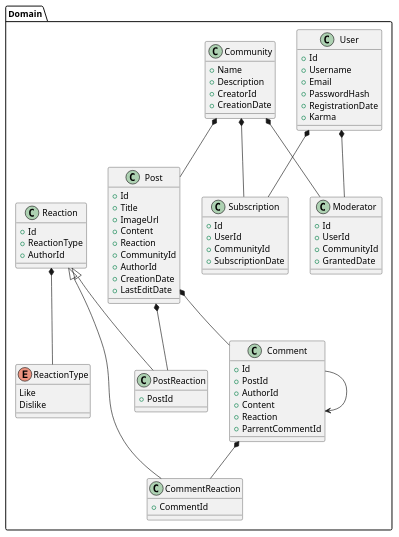
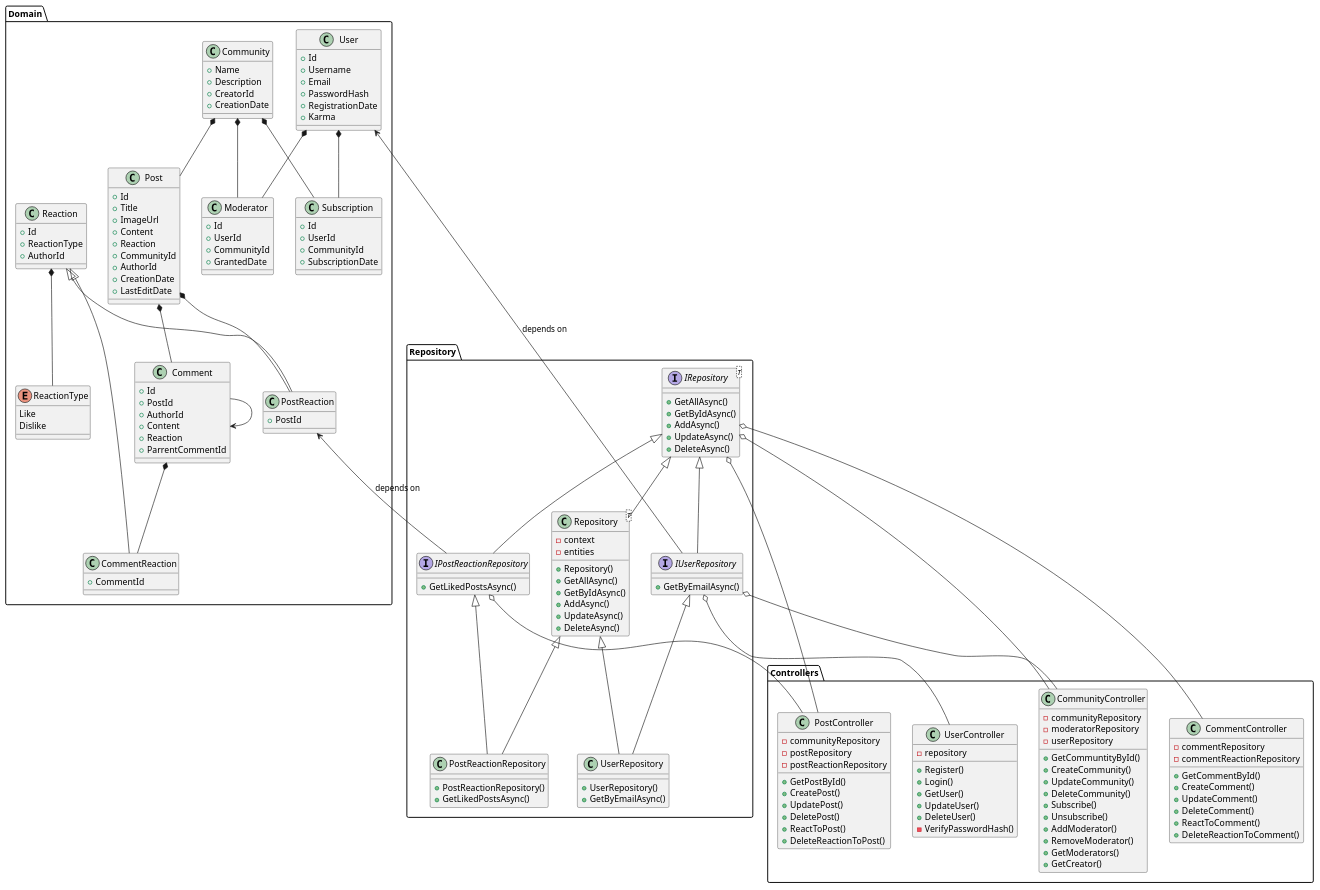
One commit to aCrYoZPS/oop_coursework changed the diagram in class_diagram.puml. Above: the diagram before and after it, drawn with PlantUML.

Commit message:
class_diagram almost ready

```diff
--- a/class_diagram.puml
+++ b/class_diagram.puml
@@ -90,4 +90,116 @@
     Reaction *-- ReactionType
 }
 
+package Repository {
+    interface IRepository<T>{
+        + GetAllAsync()
+        + GetByIdAsync()
+        + AddAsync()
+        + UpdateAsync()
+        + DeleteAsync()
+    }
+    
+    interface IUserRepository{
+        + GetByEmailAsync()
+    }
+    
+    interface IPostReactionRepository {
+        + GetLikedPostsAsync()
+    }
+    
+    class Repository<T>{
+        - context
+        - entities
+        + Repository()
+        + GetAllAsync()
+        + GetByIdAsync()
+        + AddAsync()
+        + UpdateAsync()
+        + DeleteAsync()
+    }
+    
+    class UserRepository{
+        + UserRepository()
+        + GetByEmailAsync()
+    }
+    
+    class PostReactionRepository {
+        + PostReactionRepository()
+        + GetLikedPostsAsync()
+    }
+    
+    IRepository <|-- IPostReactionRepository
+    IRepository <|-- IUserRepository
+    IRepository <|-- Repository
+    
+    Repository <|-- UserRepository
+    Repository <|-- PostReactionRepository
+    
+    IUserRepository <|-- UserRepository
+    User <--IUserRepository : "depends on"
+    
+    IPostReactionRepository <|-- PostReactionRepository
+    PostReaction <-- IPostReactionRepository : "depends on"
+}
+
+package Controllers{
+    class UserController{
+        - repository
+        + Register()
+        + Login()
+        + GetUser()
+        + UpdateUser()
+        + DeleteUser()
+        - VerifyPasswordHash()
+    }
+    
+     class CommentController{
+        - commentRepository
+        - commentReactionRepository
+        + GetCommentById()
+        + CreateComment()
+        + UpdateComment()
+        + DeleteComment()
+        + ReactToComment()
+        + DeleteReactionToComment()
+    }
+    
+    class PostController {
+        - communityRepository
+        - postRepository
+        - postReactionRepository
+        + GetPostById()
+        + CreatePost()
+        + UpdatePost()
+        + DeletePost()
+        + ReactToPost()
+        + DeleteReactionToPost()
+    }
+    
+    class CommunityController {
+        - communityRepository
+        - moderatorRepository
+        - userRepository
+        + GetCommuntityById()
+        + CreateCommunity()
+        + UpdateCommunity()
+        + DeleteCommunity()
+        + Subscribe()
+        + Unsubscribe()
+        + AddModerator()
+        + RemoveModerator()
+        + GetModerators()
+        + GetCreator()
+    }
+    
+    IPostReactionRepository o-- PostController
+    
+    IUserRepository o-- UserController
+    IUserRepository o-- CommunityController
+    
+    IRepository o-- CommentController
+    IRepository o-- PostController
+    IRepository o-- CommunityController
+}
+
 @enduml
```
